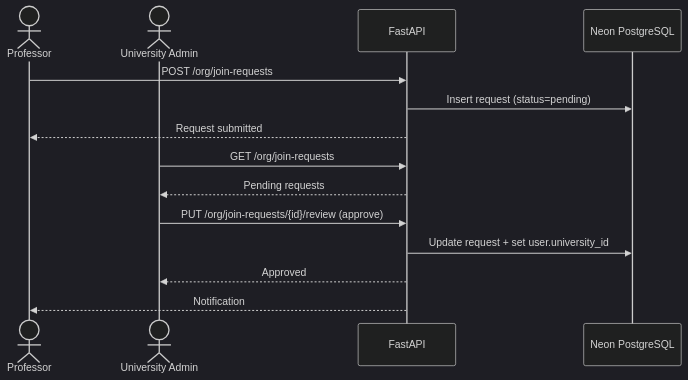
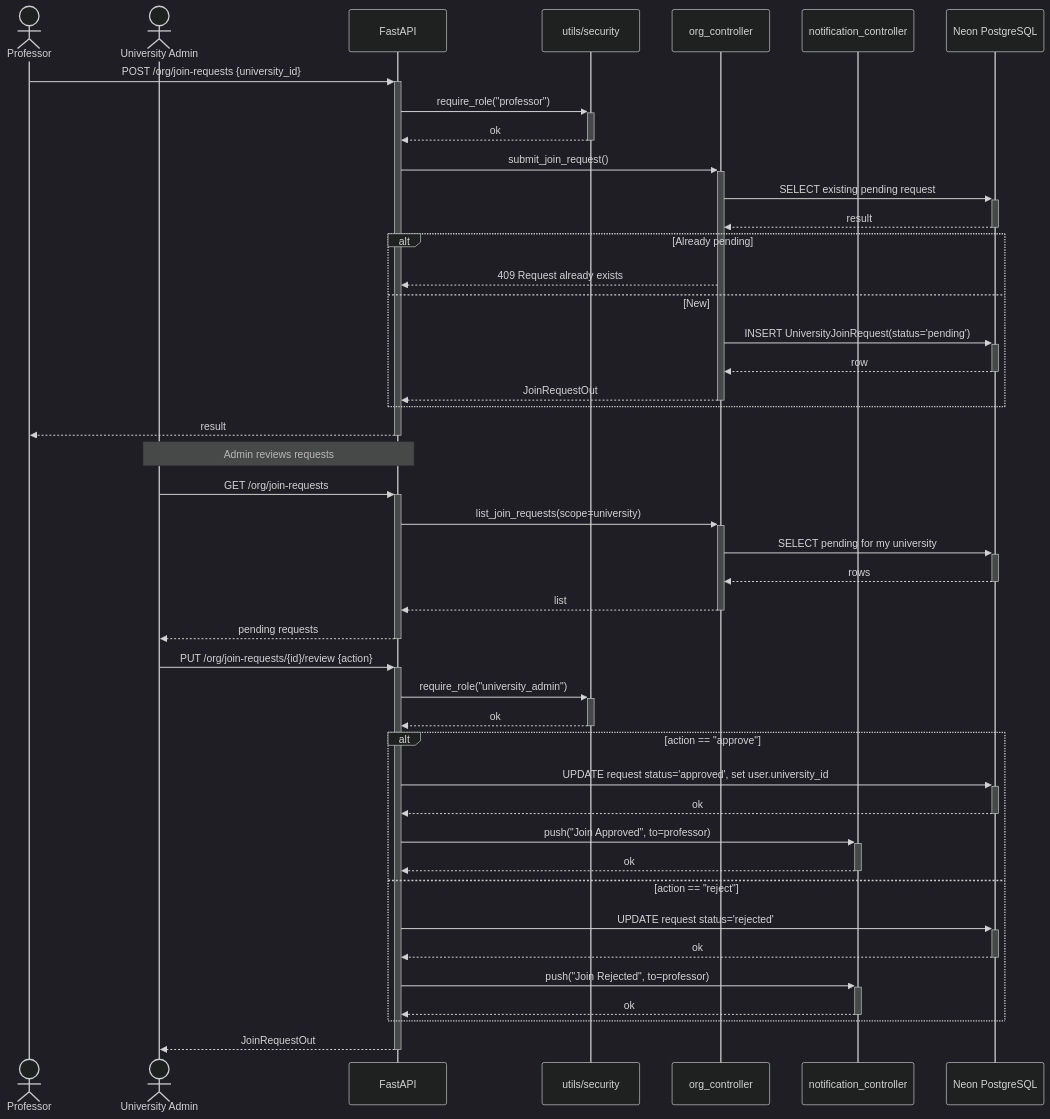
One commit to yazidha09/Hub4Learners changed the fifth of 6 diagrams in docs/sprints/SPRINT_6.md. Above: the diagram before and after it, drawn with Mermaid (dark theme). The commit also changed other lines of this file and 5 other files, not shown here.

````diff
--- a/docs/sprints/SPRINT_6.md
+++ b/docs/sprints/SPRINT_6.md
@@ -204,18 +235,50 @@
 ```mermaid
 sequenceDiagram
     actor Professor
     actor UniAdmin as University Admin
     participant API as FastAPI
+    participant Sec as utils/security
+    participant Org as org_controller
+    participant Notif as notification_controller
     participant DB as Neon PostgreSQL
 
-    Professor->>API: POST /org/join-requests
-    API->>DB: Insert request (status=pending)
-    API-->>Professor: Request submitted
+    Professor->>+API: POST /org/join-requests {university_id}
+    API->>+Sec: require_role("professor")
+    Sec-->>-API: ok
+    API->>+Org: submit_join_request()
+    Org->>+DB: SELECT existing pending request
+    DB-->>-Org: result
+    alt Already pending
+        Org-->>API: 409 Request already exists
+    else New
+        Org->>+DB: INSERT UniversityJoinRequest(status='pending')
+        DB-->>-Org: row
+        Org-->>-API: JoinRequestOut
+    end
+    API-->>-Professor: result
 
-    UniAdmin->>API: GET /org/join-requests
-    API-->>UniAdmin: Pending requests
-    UniAdmin->>API: PUT /org/join-requests/{id}/review (approve)
-    API->>DB: Update request + set user.university_id
-    API-->>UniAdmin: Approved
-    API-->>Professor: Notification
+    Note over UniAdmin,API: Admin reviews requests
+
+    UniAdmin->>+API: GET /org/join-requests
+    API->>+Org: list_join_requests(scope=university)
+    Org->>+DB: SELECT pending for my university
+    DB-->>-Org: rows
+    Org-->>-API: list
+    API-->>-UniAdmin: pending requests
+
+    UniAdmin->>+API: PUT /org/join-requests/{id}/review {action}
+    API->>+Sec: require_role("university_admin")
+    Sec-->>-API: ok
+    alt action == "approve"
+        API->>+DB: UPDATE request status='approved', set user.university_id
+        DB-->>-API: ok
+        API->>+Notif: push("Join Approved", to=professor)
+        Notif-->>-API: ok
+    else action == "reject"
+        API->>+DB: UPDATE request status='rejected'
+        DB-->>-API: ok
+        API->>+Notif: push("Join Rejected", to=professor)
+        Notif-->>-API: ok
+    end
+    API-->>-UniAdmin: JoinRequestOut
 ```
````
